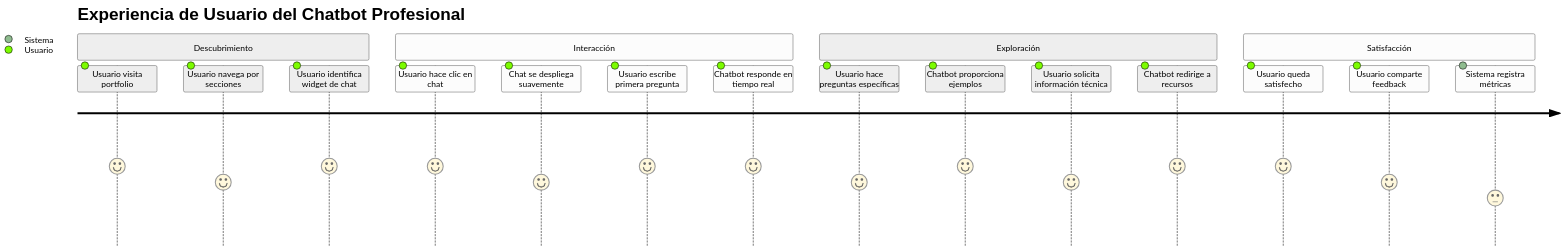
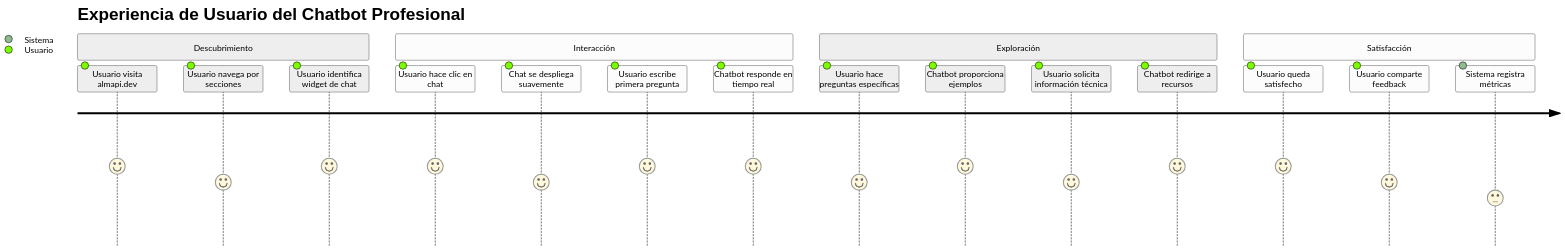
The diagram in docs/02-descripcion-producto.md (LIDR-academy/AI4Devs-finalproject), drawn with Mermaid (neutral theme) before and after one commit. The commit also changed other lines of this file and 13 other files, not shown here.

````diff
--- a/docs/02-descripcion-producto.md
+++ b/docs/02-descripcion-producto.md
@@ -65,22 +81,22 @@
 ```mermaid
 journey
     title Experiencia de Usuario del Chatbot Profesional
     section Descubrimiento
-      Usuario visita portfolio: 5: Usuario
+      Usuario visita almapi.dev: 5: Usuario
       Usuario navega por secciones: 4: Usuario
       Usuario identifica widget de chat: 5: Usuario
     section Interacción
       Usuario hace clic en chat: 5: Usuario
       Chat se despliega suavemente: 4: Usuario
       Usuario escribe primera pregunta: 5: Usuario
       Chatbot responde en tiempo real: 5: Usuario
     section Exploración
       Usuario hace preguntas específicas: 4: Usuario
       Chatbot proporciona ejemplos: 5: Usuario
       Usuario solicita información técnica: 4: Usuario
       Chatbot redirige a recursos: 5: Usuario
     section Satisfacción
       Usuario queda satisfecho: 5: Usuario
       Usuario comparte feedback: 4: Usuario
       Sistema registra métricas: 3: Sistema
 ```
````
